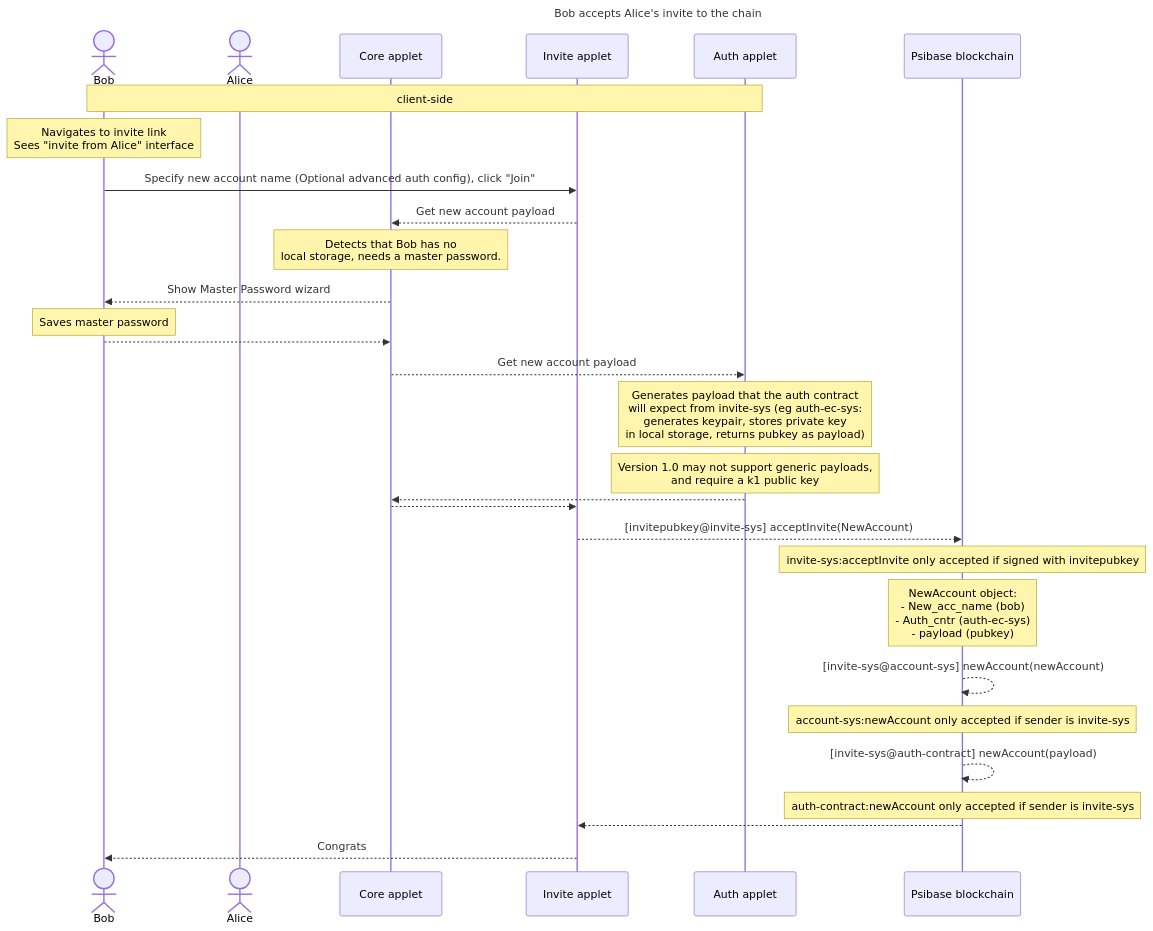
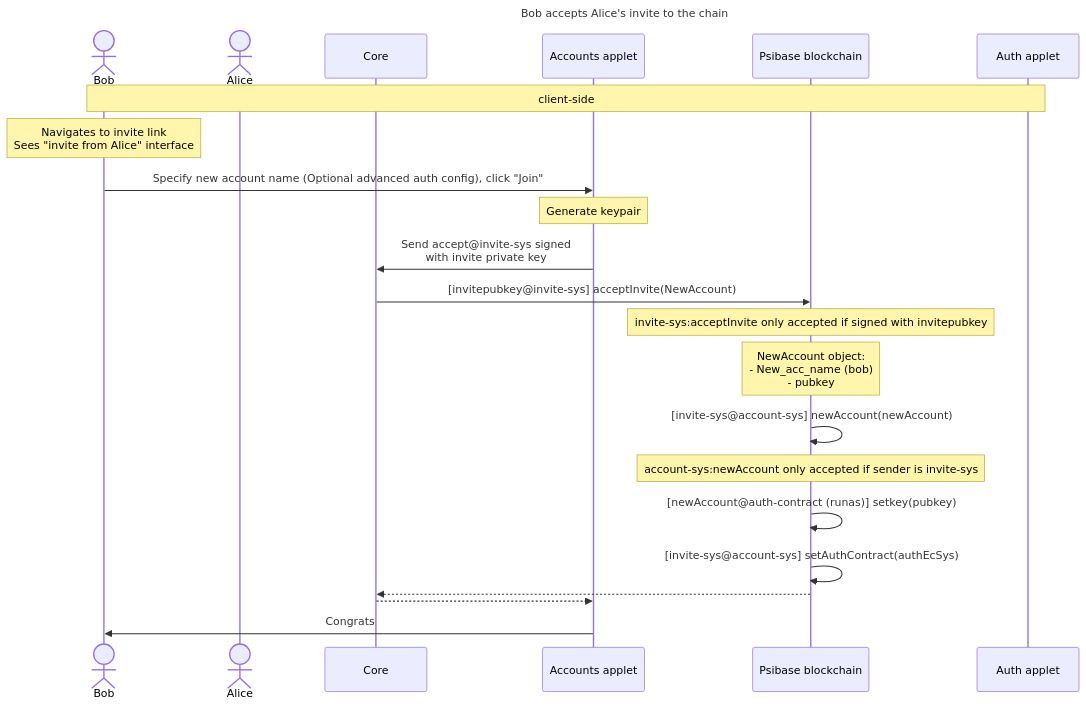
Before and after one commit to gofractally/psibase: the second of 2 diagrams in doc/diagrams/invite-new-user.md, drawn with Mermaid. The commit also changed other lines of this file, not shown here.

Commit message:
update invite flow to account for application groups and new runAs capabilities

````diff
--- a/doc/diagrams/invite-new-user.md
+++ b/doc/diagrams/invite-new-user.md
@@ -33,34 +33,26 @@
 ```mermaid
 sequenceDiagram
 
    title Bob accepts Alice's invite to the chain
    actor Bob
    actor Alice
-   participant Core applet
-   participant Invite applet
-   participant Auth applet
+   participant Core
+   participant Accounts applet
    participant Psibase blockchain
    note over Bob, Auth applet: client-side
 
    Note over Bob: Navigates to invite link<br>Sees "invite from Alice" interface
-   Bob->>Invite applet: Specify new account name (Optional advanced auth config), click "Join"
-   Invite applet-->>Core applet: Get new account payload
-   Note over Core applet: Detects that Bob has no<br>local storage, needs a master password.
-   Core applet-->>Bob: Show Master Password wizard
-   Note over Bob: Saves master password
-   Bob-->>Core applet: 
-   Core applet-->>Auth applet: Get new account payload
-   Note over Auth applet: Generates payload that the auth contract<br> will expect from invite-sys (eg auth-ec-sys:<br>generates keypair, stores private key <br>in local storage, returns pubkey as payload)
-   Note over Auth applet: Version 1.0 may not support generic payloads, <br>and require a k1 public key
-   Auth applet-->>Core applet: 
-   Core applet-->>Invite applet: 
-   Invite applet-->>Psibase blockchain: [invitepubkey@invite-sys] acceptInvite(NewAccount)
+   Bob->>Accounts applet: Specify new account name (Optional advanced auth config), click "Join"
+   Note over Accounts applet: Generate keypair
+   Accounts applet->>Core: Send accept@invite-sys signed<br>with invite private key
+   Core->>Psibase blockchain: [invitepubkey@invite-sys] acceptInvite(NewAccount)
    Note over Psibase blockchain: invite-sys:acceptInvite only accepted if signed with invitepubkey
-   Note over Psibase blockchain: NewAccount object: <br>  - New_acc_name (bob)<br>  - Auth_cntr (auth-ec-sys)<br>  - payload (pubkey)
-   Psibase blockchain-->>Psibase blockchain: [invite-sys@account-sys] newAccount(newAccount)
+   Note over Psibase blockchain: NewAccount object: <br>  - New_acc_name (bob)<br>  - pubkey
+   Psibase blockchain->>Psibase blockchain: [invite-sys@account-sys] newAccount(newAccount)
    Note over Psibase blockchain: account-sys:newAccount only accepted if sender is invite-sys
-   Psibase blockchain-->>Psibase blockchain: [invite-sys@auth-contract] newAccount(payload)
-   Note over Psibase blockchain: auth-contract:newAccount only accepted if sender is invite-sys
-   Psibase blockchain-->>Invite applet: 
-   Invite applet-->>Bob: Congrats
+   Psibase blockchain->>Psibase blockchain: [newAccount@auth-contract (runas)] setkey(pubkey)
+   Psibase blockchain->>Psibase blockchain: [invite-sys@account-sys] setAuthContract(authEcSys)
+   Psibase blockchain-->>Core: 
+   Core-->>Accounts applet: 
+   Accounts applet->>Bob: Congrats
 ```
````
